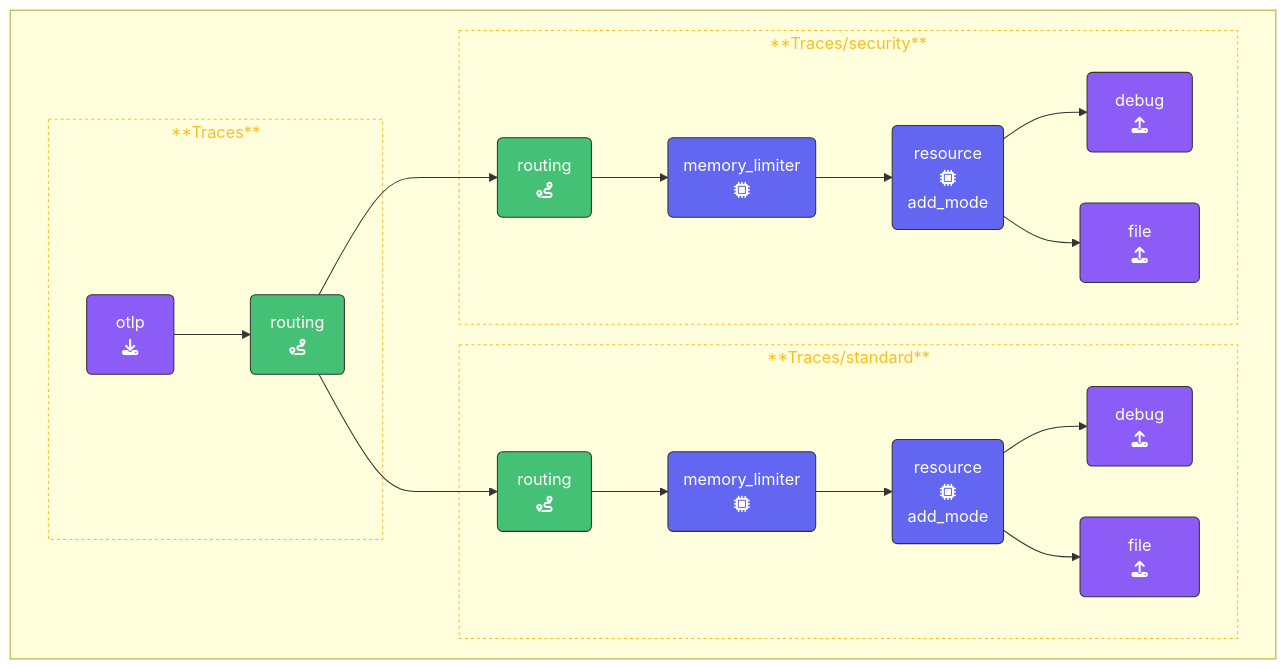
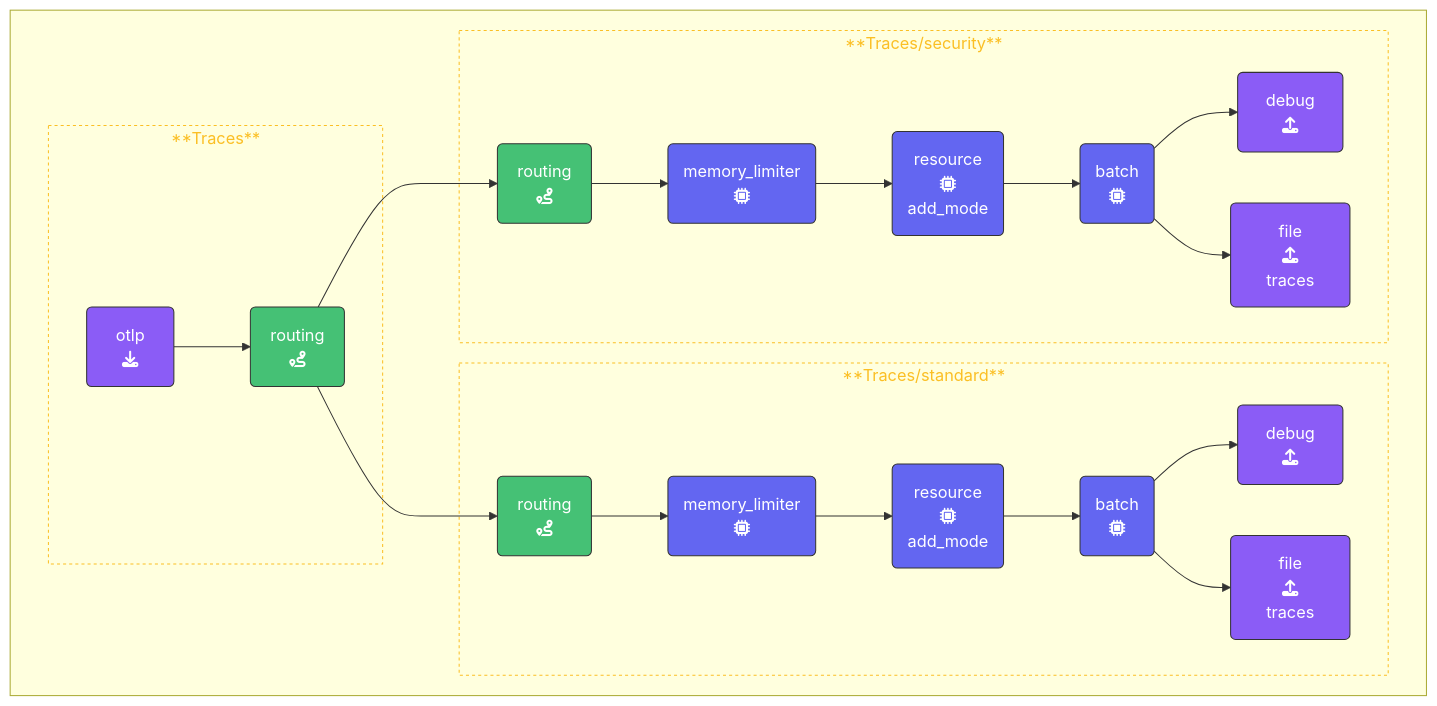
The diagram in content/en/ninja-workshops/3-opentelemetry-collector-workshops/2-advanced-collector/8-routing-data/8-2-pipelines.md (splunk/observability-workshop), drawn with Mermaid before and after one commit. The commit also changed other lines of this file, not shown here.

Commit message:
Fix mermaid chart

````diff
--- a/content/en/ninja-workshops/3-opentelemetry-collector-workshops/2-advanced-collector/8-routing-data/8-2-pipelines.md
+++ b/content/en/ninja-workshops/3-opentelemetry-collector-workshops/2-advanced-collector/8-routing-data/8-2-pipelines.md
@@ -65,45 +63,49 @@
 ```mermaid
 %%{init:{"fontFamily":"monospace"}}%%
 graph LR
     %% Nodes
       REC1(&nbsp;&nbsp;&nbsp;otlp&nbsp;&nbsp;&nbsp;<br>fa:fa-download):::receiver
       PRO1(memory_limiter<br>fa:fa-microchip):::processor
       PRO2(memory_limiter<br>fa:fa-microchip):::processor
       PRO3(resource<br>fa:fa-microchip<br>add_mode):::processor
       PRO4(resource<br>fa:fa-microchip<br>add_mode):::processor
+      PRO5(batch<br>fa:fa-microchip):::processor
+      PRO6(batch<br>fa:fa-microchip):::processor
       EXP1(&nbsp;&ensp;debug&nbsp;&ensp;<br>fa:fa-upload):::exporter
-      EXP2(&emsp;&emsp;file&emsp;&emsp;<br>fa:fa-upload):::exporter
+      EXP2(&emsp;&emsp;file&emsp;&emsp;<br>fa:fa-upload<br>traces):::exporter
       EXP3(&nbsp;&ensp;debug&nbsp;&ensp;<br>fa:fa-upload):::exporter
-      EXP4(&emsp;&emsp;file&emsp;&emsp;<br>fa:fa-upload):::exporter
+      EXP4(&emsp;&emsp;file&emsp;&emsp;<br>fa:fa-upload<br>traces):::exporter
       ROUTE1(&nbsp;routing&nbsp;<br>fa:fa-route):::con-export
       ROUTE2(&nbsp;routing&nbsp;<br>fa:fa-route):::con-receive
       ROUTE3(&nbsp;routing&nbsp;<br>fa:fa-route):::con-receive
     %% Links
     subID1:::sub-traces
     subID2:::sub-traces
     subID3:::sub-traces
     subgraph " "
     direction LR
       subgraph subID1[**Traces**]
       REC1 --> ROUTE1
       end
       subgraph subID2[**Traces/standard**]
       ROUTE1 --> ROUTE2
       ROUTE2 --> PRO1
       PRO1 --> PRO3
-      PRO3 --> EXP1
-      PRO3 --> EXP2
+      PRO3 --> PRO5
+      PRO5 --> EXP1
+      PRO5 --> EXP2
       end
       subgraph subID3[**Traces/security**]
       ROUTE1 --> ROUTE3
       ROUTE3 --> PRO2
       PRO2 --> PRO4
-      PRO4 --> EXP3
-      PRO4 --> EXP4
+      PRO4 --> PRO6
+      PRO6 --> EXP3
+      PRO6 --> EXP4
       end
     end
 classDef receiver,exporter fill:#8b5cf6,stroke:#333,stroke-width:1px,color:#fff;
 classDef processor fill:#6366f1,stroke:#333,stroke-width:1px,color:#fff;
 classDef con-receive,con-export fill:#45c175,stroke:#333,stroke-width:1px,color:#fff;
 classDef sub-traces stroke:#fbbf24,stroke-width:1px, color:#fbbf24,stroke-dasharray: 3 3;
 ```
````
